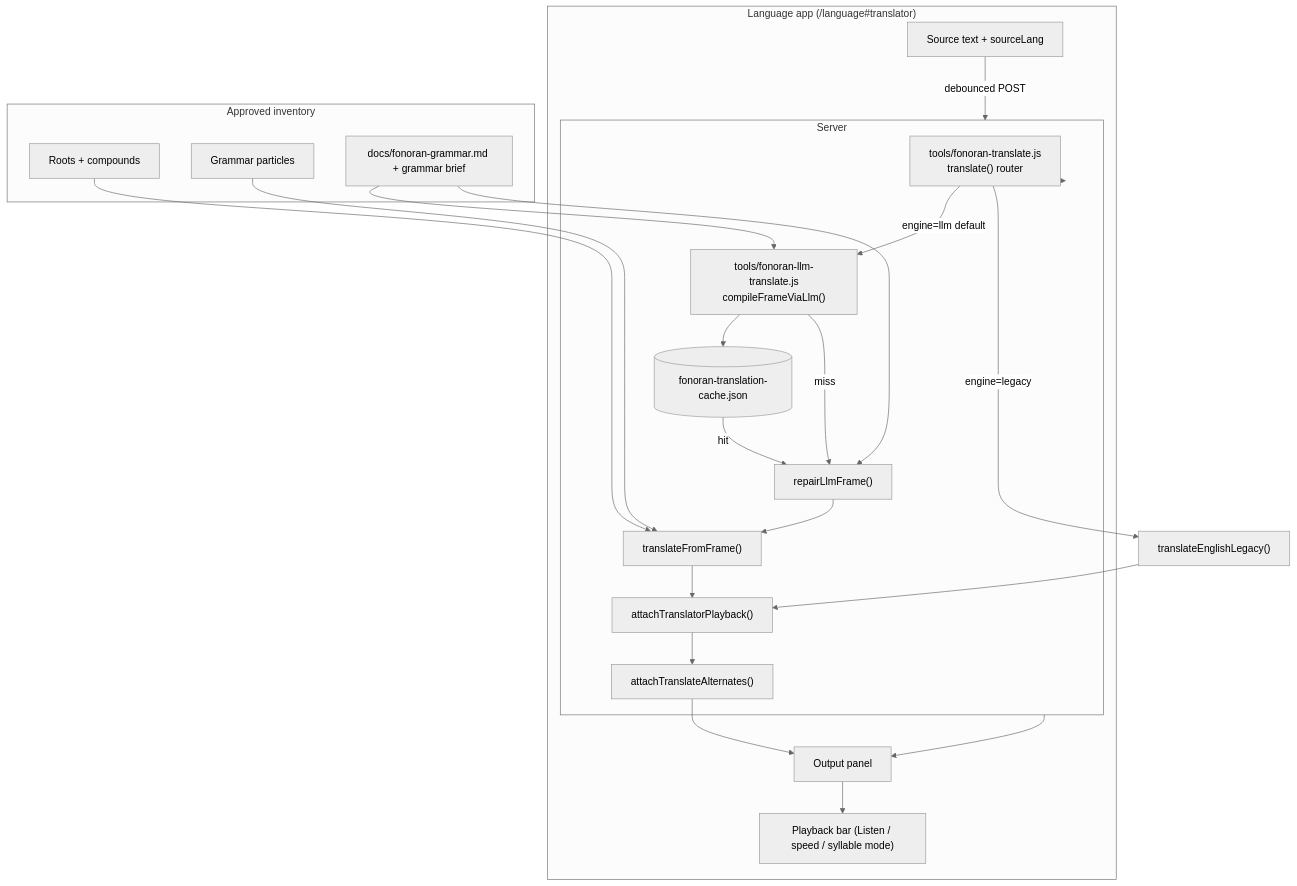
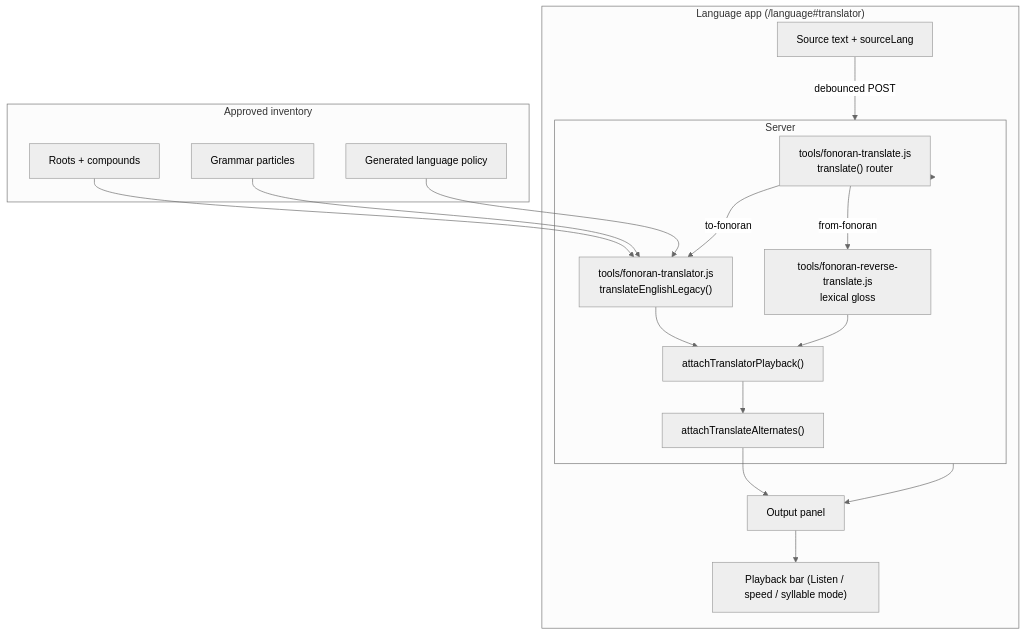
Before and after one commit to Fonora/fonora: the first of 3 diagrams in docs/fonoran-translator.md, drawn with Mermaid (neutral theme). The commit also changed other lines of this file and 180 other files, not shown here.

````diff
--- a/docs/fonoran-translator.md
+++ b/docs/fonoran-translator.md
@@ -19,43 +17,36 @@
 ```mermaid
 flowchart TB
   subgraph UI["Language app (/language#translator)"]
     IN["Source text + sourceLang"]
     PB["Playback bar (Listen / speed / syllable mode)"]
     OUT["Output panel"]
     IN -->|debounced POST| API
     API --> OUT
     OUT --> PB
   end
 
   subgraph API["Server"]
     RT["tools/fonoran-translate.js<br/>translate() router"]
-    LLM["tools/fonoran-llm-translate.js<br/>compileFrameViaLlm()"]
-    CACHE[("fonoran-translation-cache.json")]
-    REPAIR["repairLlmFrame()"]
-    RENDER["translateFromFrame()"]
+    LEG["tools/fonoran-translator.js<br/>translateEnglishLegacy()"]
+    REV["tools/fonoran-reverse-translate.js<br/>lexical gloss"]
     PLAY["attachTranslatorPlayback()"]
     ALT["attachTranslateAlternates()"]
   end
 
   subgraph Lab["Approved inventory"]
     ROOTS["Roots + compounds"]
     PART["Grammar particles"]
-    GRAM["docs/fonoran-grammar.md + grammar brief"]
+    POLICY["Generated language policy"]
   end
 
   API --> RT
-  RT -->|engine=llm default| LLM
-  RT -->|engine=legacy| LEG["translateEnglishLegacy()"]
-  LLM --> CACHE
-  CACHE -->|hit| REPAIR
-  LLM -->|miss| REPAIR
-  REPAIR --> RENDER
+  RT -->|to-fonoran| LEG
+  RT -->|from-fonoran| REV
   LEG --> PLAY
-  RENDER --> PLAY
+  REV --> PLAY
   PLAY --> ALT
-  ROOTS --> RENDER
-  PART --> RENDER
-  GRAM --> LLM
-  GRAM --> REPAIR
+  ROOTS --> LEG
+  PART --> LEG
+  POLICY --> LEG
   ALT --> OUT
 ```
````
